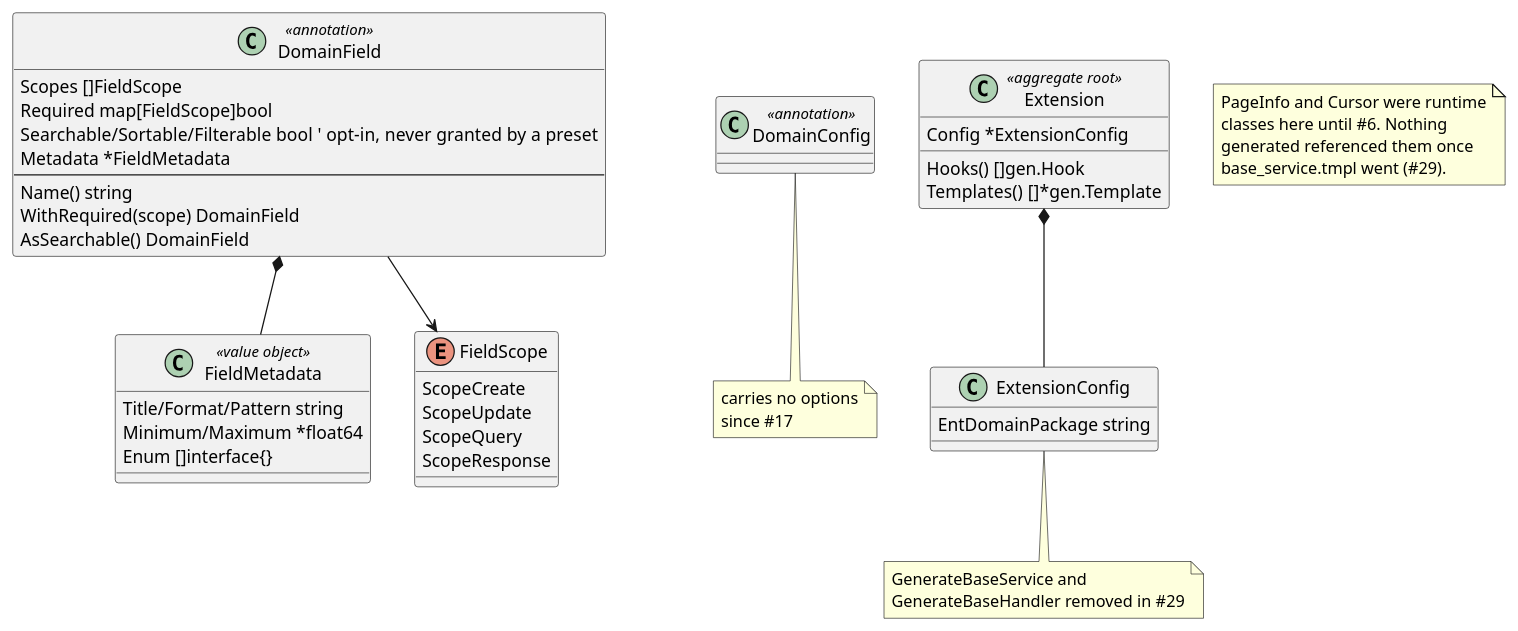
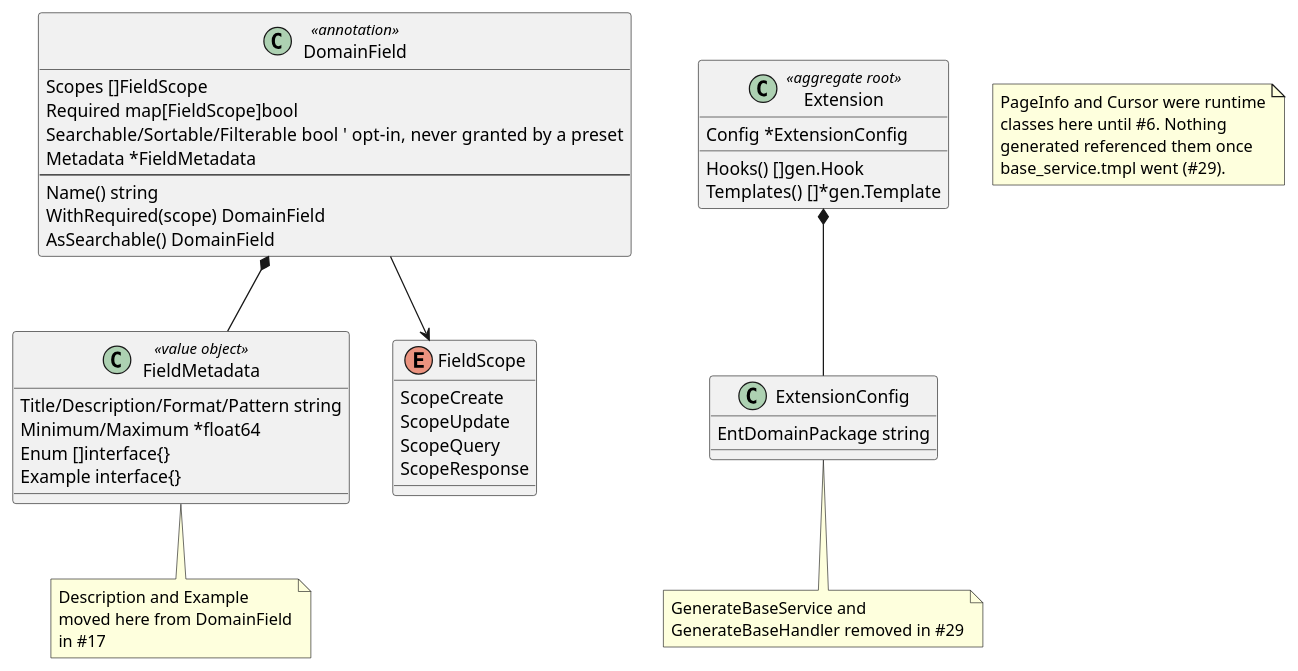
The third of 5 diagrams in ARCHITECTURE.md (githonllc/entapi), drawn with PlantUML before and after one commit. The commit also changed other lines of this file and 4 other files, not shown here.

````diff
--- a/ARCHITECTURE.md
+++ b/ARCHITECTURE.md
@@ -136,47 +136,46 @@
 ```plantuml
 @startuml
 skinparam classAttributeIconSize 0
 class DomainField <<annotation>> {
   Scopes []FieldScope
   Required map[FieldScope]bool
   Searchable/Sortable/Filterable bool  ' opt-in, never granted by a preset
   Metadata *FieldMetadata
   --
   Name() string
   WithRequired(scope) DomainField
   AsSearchable() DomainField
 }
 class FieldMetadata <<value object>> {
-  Title/Format/Pattern string
+  Title/Description/Format/Pattern string
   Minimum/Maximum *float64
   Enum []interface{}
+  Example interface{}
 }
+note bottom of FieldMetadata : Description and Example\nmoved here from DomainField\nin #17
 enum FieldScope {
   ScopeCreate
   ScopeUpdate
   ScopeQuery
   ScopeResponse
 }
-class DomainConfig <<annotation>> {
-}
-note bottom of DomainConfig : carries no options\nsince #17
 class Extension <<aggregate root>> {
   Config *ExtensionConfig
   Hooks() []gen.Hook
   Templates() []*gen.Template
 }
 class ExtensionConfig {
   EntDomainPackage string
 }
 note bottom of ExtensionConfig : GenerateBaseService and\nGenerateBaseHandler removed in #29
 DomainField *-- FieldMetadata
 DomainField --> FieldScope
 Extension *-- ExtensionConfig
 note as N6
   PageInfo and Cursor were runtime
   classes here until #6. Nothing
   generated referenced them once
   base_service.tmpl went (#29).
 end note
 @enduml
 ```
````
